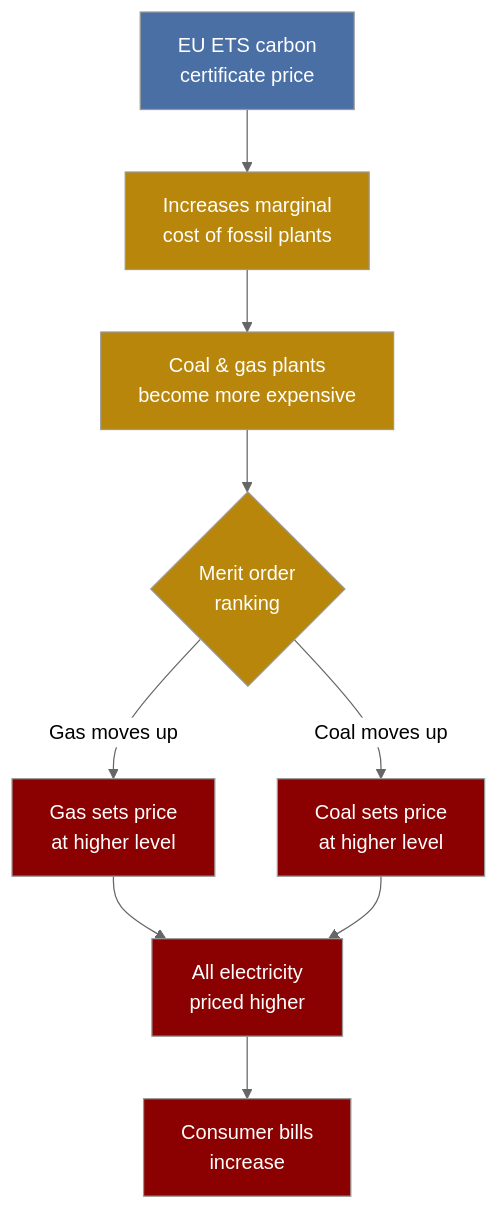
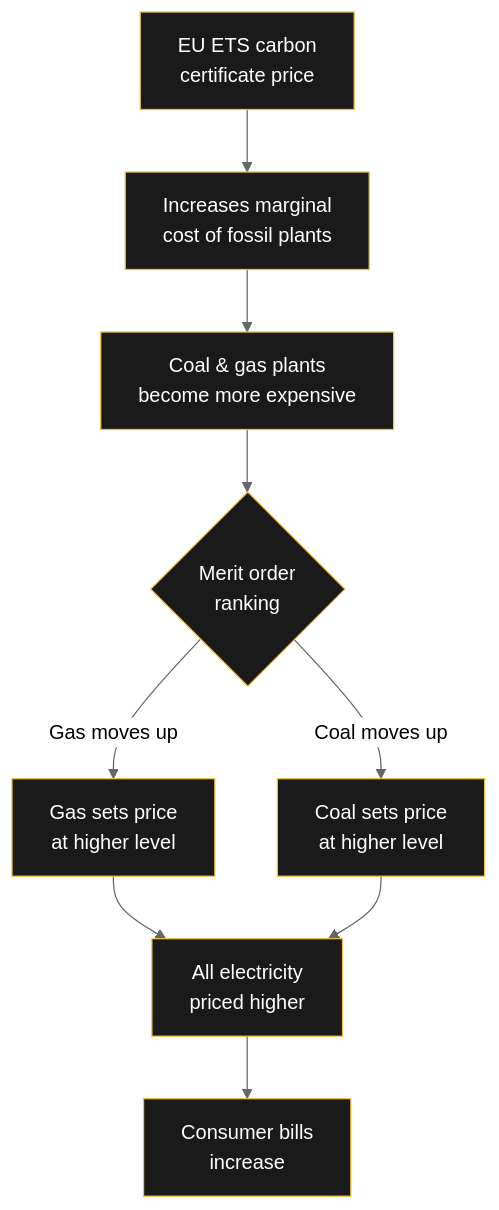
One commit to raulmina1/quartz-garden changed the diagram in content/Wirtschaft/CO2-Kosten.md. Above: the diagram before and after it, drawn with Mermaid (neutral theme). The commit also changed 13 other files, not shown here.

Commit message:
all 10 improvements: dark flowcharts, Plausible analytics, favicon, CNAME for domain, OG images already active

````diff
--- a/content/Wirtschaft/CO2-Kosten.md
+++ b/content/Wirtschaft/CO2-Kosten.md
@@ -27,20 +27,20 @@
 ```mermaid
 flowchart TD
     A[EU ETS carbon<br/>certificate price] --> B[Increases marginal<br/>cost of fossil plants]
     B --> C[Coal & gas plants<br/>become more expensive]
     C --> D{Merit order<br/>ranking}
     D -->|Gas moves up| E[Gas sets price<br/>at higher level]
     D -->|Coal moves up| F[Coal sets price<br/>at higher level]
     E --> G[All electricity<br/>priced higher]
     F --> G
     G --> H[Consumer bills<br/>increase]
     
-    style A fill:#4a6fa5,color:#fff
-    style B fill:#b8860b,color:#fff
-    style C fill:#b8860b,color:#fff
-    style D fill:#b8860b,color:#fff
-    style E fill:#8b0000,color:#fff
-    style F fill:#8b0000,color:#fff
-    style G fill:#8b0000,color:#fff
-    style H fill:#8b0000,color:#fff
+    style A fill:#1a1a1a,stroke:#f0c040,color:#fff
+    style B fill:#1a1a1a,stroke:#f0c040,color:#fff
+    style C fill:#1a1a1a,stroke:#f0c040,color:#fff
+    style D fill:#1a1a1a,stroke:#f0c040,color:#fff
+    style E fill:#1a1a1a,stroke:#f0c040,color:#fff
+    style F fill:#1a1a1a,stroke:#f0c040,color:#fff
+    style G fill:#1a1a1a,stroke:#f0c040,color:#fff
+    style H fill:#1a1a1a,stroke:#f0c040,color:#fff
 ```
````
